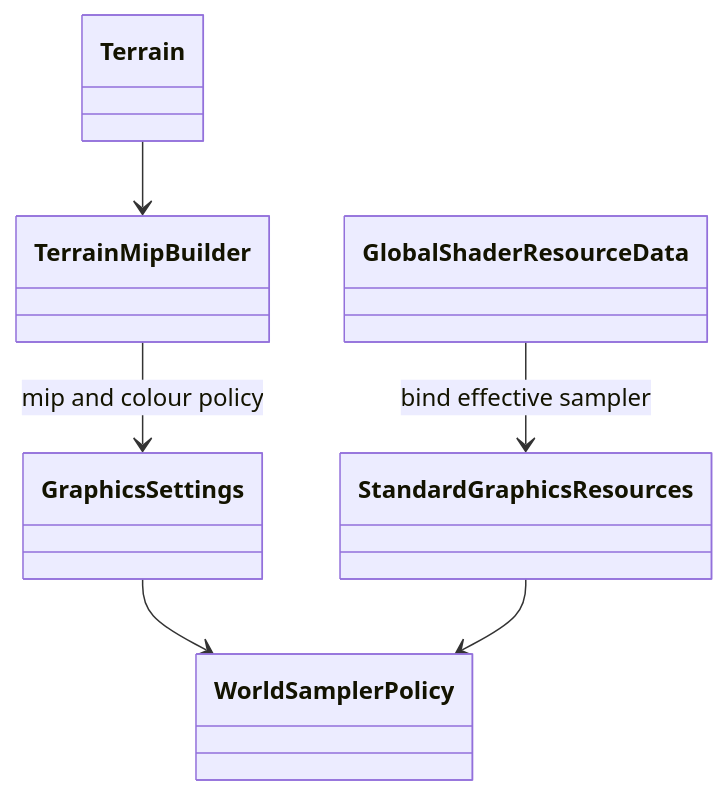
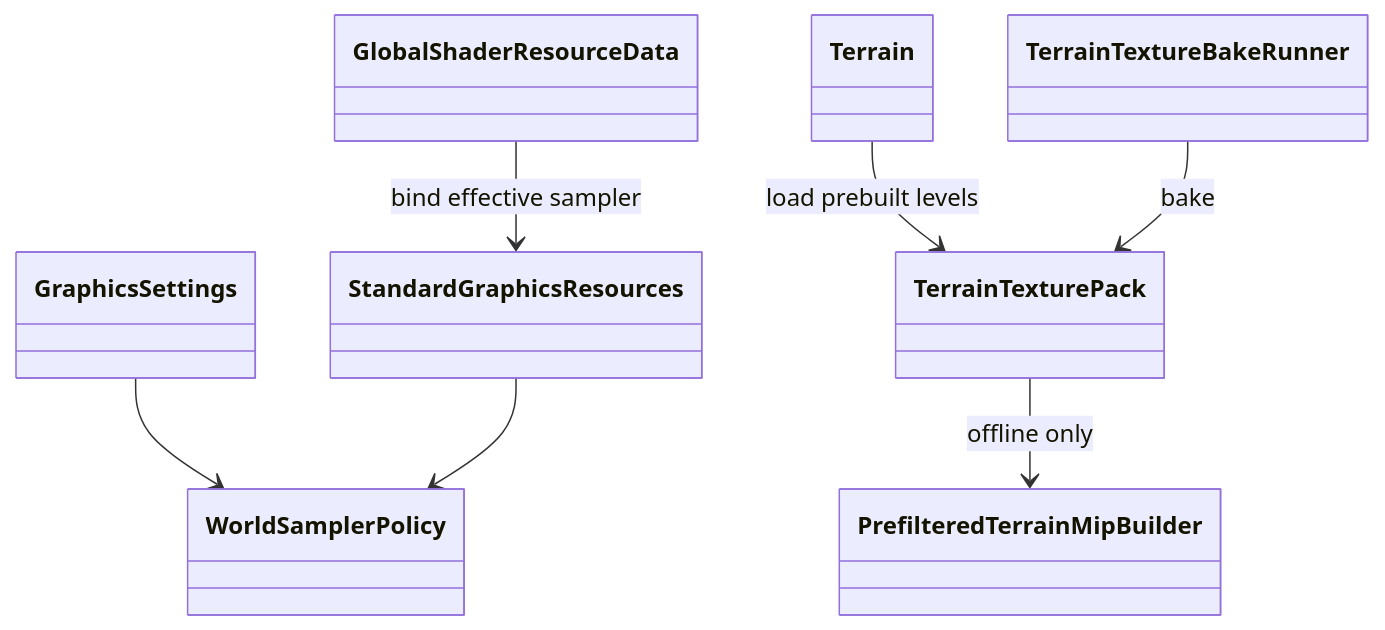
Before and after one commit to rmessinger/Panopticon: the first of 2 diagrams in docs/roadmap/deep-dives/g7-texture-filtering.md, drawn with Mermaid. The commit also changed other lines of this file and 49 other files, not shown here.

````diff
--- a/docs/roadmap/deep-dives/g7-texture-filtering.md
+++ b/docs/roadmap/deep-dives/g7-texture-filtering.md
@@ -59,14 +63,17 @@
 ```mermaid
 classDiagram
   class GraphicsSettings
   class WorldSamplerPolicy
   class StandardGraphicsResources
   class GlobalShaderResourceData
-  class TerrainMipBuilder
+  class PrefilteredTerrainMipBuilder
+  class TerrainTexturePack
+  class TerrainTextureBakeRunner
   class Terrain
   GraphicsSettings --> WorldSamplerPolicy
   StandardGraphicsResources --> WorldSamplerPolicy
   GlobalShaderResourceData --> StandardGraphicsResources : bind effective sampler
-  Terrain --> TerrainMipBuilder
-  TerrainMipBuilder --> GraphicsSettings : mip and colour policy
+  Terrain --> TerrainTexturePack : load prebuilt levels
+  TerrainTextureBakeRunner --> TerrainTexturePack : bake
+  TerrainTexturePack --> PrefilteredTerrainMipBuilder : offline only
 ```
````
